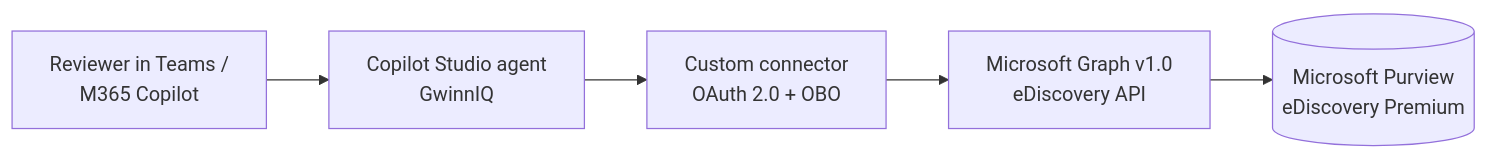
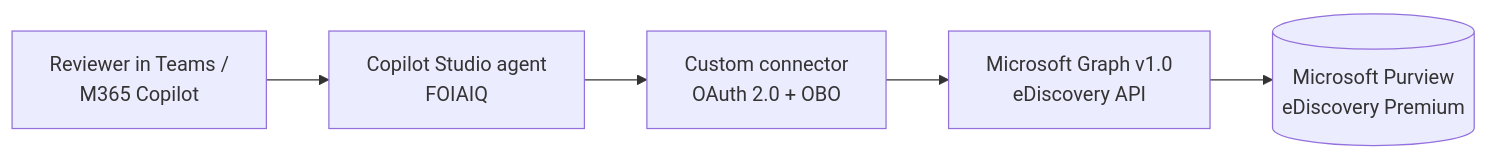
Before and after one commit to Contoso-State/Custodia: the diagram in README.md, drawn with Mermaid. The commit also changed other lines of this file and 16 other files, not shown here.

First line of the commit message:
Rebrand product GwinnIQ -> FOIAIQ across the repo

````diff
--- a/README.md
+++ b/README.md
@@ -30,7 +30,7 @@
 ```mermaid
 flowchart LR
-    R[Reviewer in Teams /<br/>M365 Copilot] --> A[Copilot Studio agent<br/>GwinnIQ]
+    R[Reviewer in Teams /<br/>M365 Copilot] --> A[Copilot Studio agent<br/>FOIAIQ]
     A --> C[Custom connector<br/>OAuth 2.0 + OBO]
     C --> G[Microsoft Graph v1.0<br/>eDiscovery API]
     G --> P[(Microsoft Purview<br/>eDiscovery Premium)]
 ```
````
